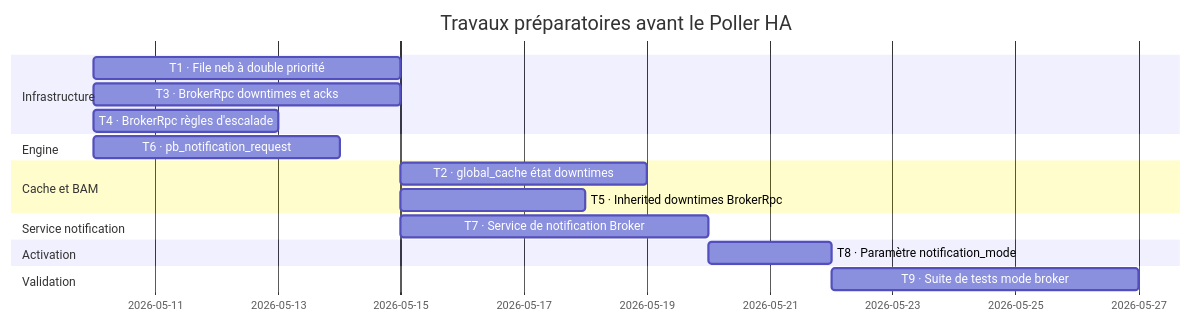
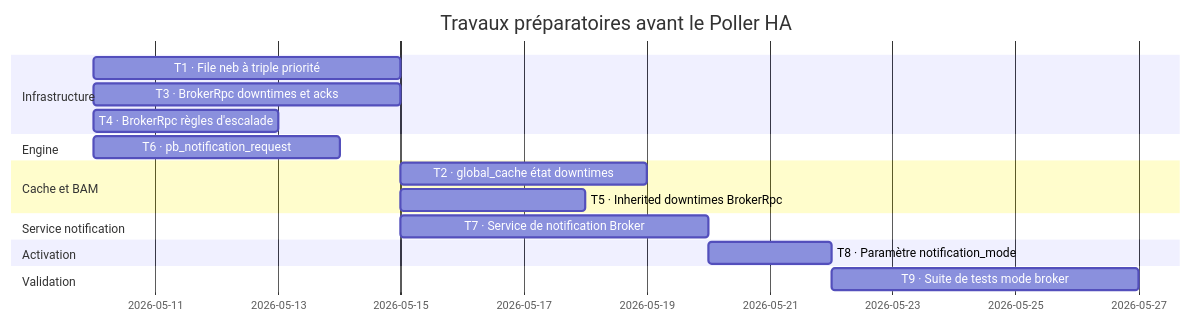
One commit to centreon/centreon-collect changed diagram 33 of 35 in broker/doc/nego-engine-broker-fr.md. Above: the diagram before and after it, drawn with Mermaid. The commit also changed other lines of this file and 1 other file, not shown here.

````diff
--- a/broker/doc/nego-engine-broker-fr.md
+++ b/broker/doc/nego-engine-broker-fr.md
@@ -2798,26 +2798,26 @@
 ```mermaid
 gantt
     title Travaux préparatoires avant le Poller HA
     dateFormat  YYYY-MM-DD
 
     section Infrastructure
-    T1 · File neb à double priorité       :t1, 2026-05-10, 5d
+    T1 · File neb à triple priorité       :t1, 2026-05-10, 5d
     T3 · BrokerRpc downtimes et acks      :t3, 2026-05-10, 5d
     T4 · BrokerRpc règles d'escalade      :t4, 2026-05-10, 3d
 
     section Engine
     T6 · pb_notification_request          :t6, 2026-05-10, 4d
 
     section Cache et BAM
     T2 · global_cache état downtimes      :t2, after t1 t3, 4d
     T5 · Inherited downtimes BrokerRpc    :t5, after t3, 3d
 
     section Service notification
     T7 · Service de notification Broker   :t7, after t3 t4, 5d
 
     section Activation
     T8 · Paramètre notification_mode      :t8, after t6 t7, 2d
 
     section Validation
     T9 · Suite de tests mode broker       :t9, after t8 t2 t5, 5d
 ```
````
